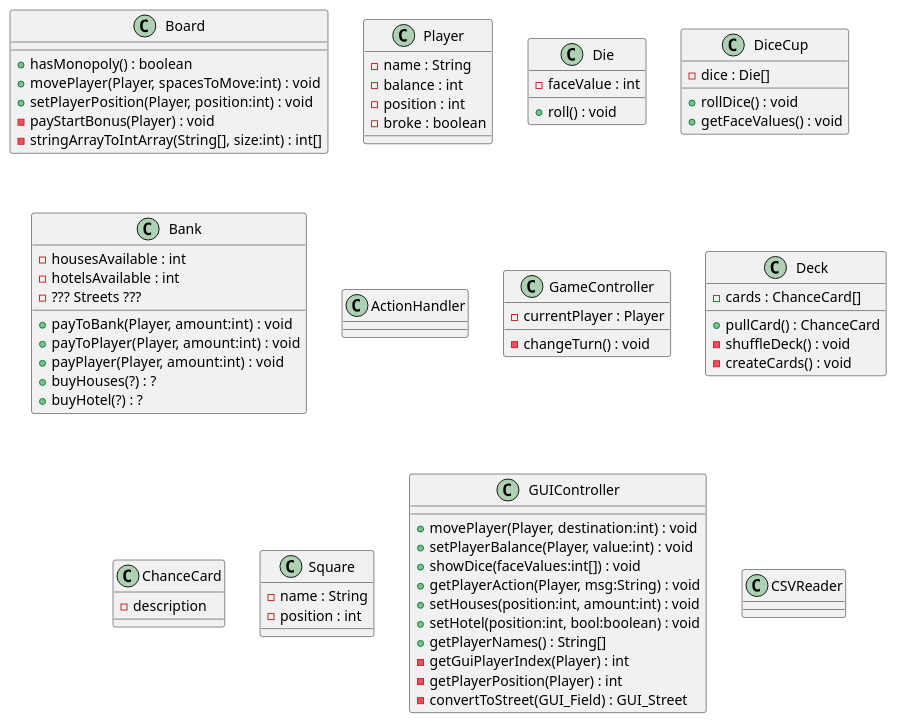
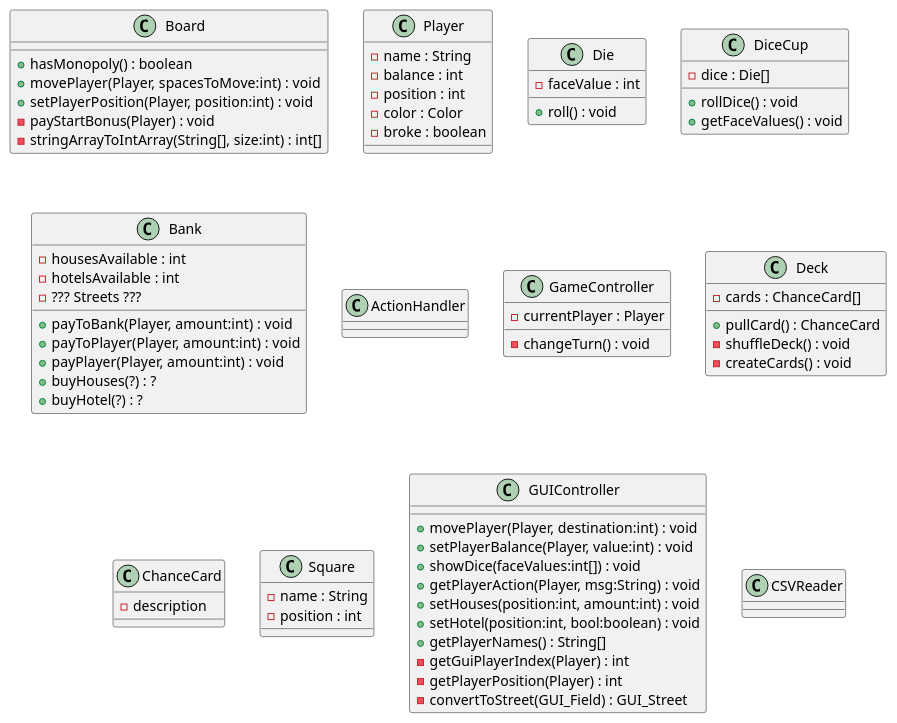
The diagram in diagrams/design_class_diagram.puml (Greve2001/CDIO-final), drawn with PlantUML before and after one commit. The commit also changed 3 other files, not shown here.

```diff
--- a/diagrams/design_class_diagram.puml
+++ b/diagrams/design_class_diagram.puml
@@ -1,108 +1,109 @@
 @startuml
 
 skinparam groupInheritance 2
 
 skinparam linetype polyline
 
 class Board
 class Player
 class Die
 class DiceCup
 class Bank
 class ActionHandler
 class GameController
 class Deck
 class ChanceCard
 class Square
 
 
 class GUIController
 class CSVReader
 
 
 
 
 
 class Board {
     +hasMonopoly() : boolean
     +movePlayer(Player, spacesToMove:int) : void
     +setPlayerPosition(Player, position:int) : void
     -payStartBonus(Player) : void
     -stringArrayToIntArray(String[], size:int) : int[]
 }
 
 class Square {
     -name : String
     -position : int
 }
 
 
 class Player {
     -name : String
     -balance : int
     -position : int
+    -color : Color
     -broke : boolean
 }
 
 class Die {
     -faceValue : int
 
     +roll() : void
 }
 
 class DiceCup {
     -dice : Die[]
 
     +rollDice() : void
     +getFaceValues() : void
 }
 
 class Bank {
     -housesAvailable : int
     -hotelsAvailable : int
     -??? Streets ???
 
     +payToBank(Player, amount:int) : void
     +payToPlayer(Player, amount:int) : void
     +payPlayer(Player, amount:int) : void
     +buyHouses(?) : ?
     +buyHotel(?) : ?
 }
 
 class ActionHandler {
 
 }
 
 class GameController {
     -currentPlayer : Player
 
     -changeTurn() : void
 }
 
 class Deck {
     -cards : ChanceCard[]
 
     +pullCard() : ChanceCard
     -shuffleDeck() : void
     -createCards() : void
 }
 
 class ChanceCard{
     -description
 }
 
 class GUIController{
     +movePlayer(Player, destination:int) : void
     +setPlayerBalance(Player, value:int) : void
     +showDice(faceValues:int[]) : void
     +getPlayerAction(Player, msg:String) : void
     +setHouses(position:int, amount:int) : void
     +setHotel(position:int, bool:boolean) : void
     +getPlayerNames() : String[]
     -getGuiPlayerIndex(Player) : int
     -getPlayerPosition(Player) : int
     -convertToStreet(GUI_Field) : GUI_Street
 }
 
 
 @enduml
```
